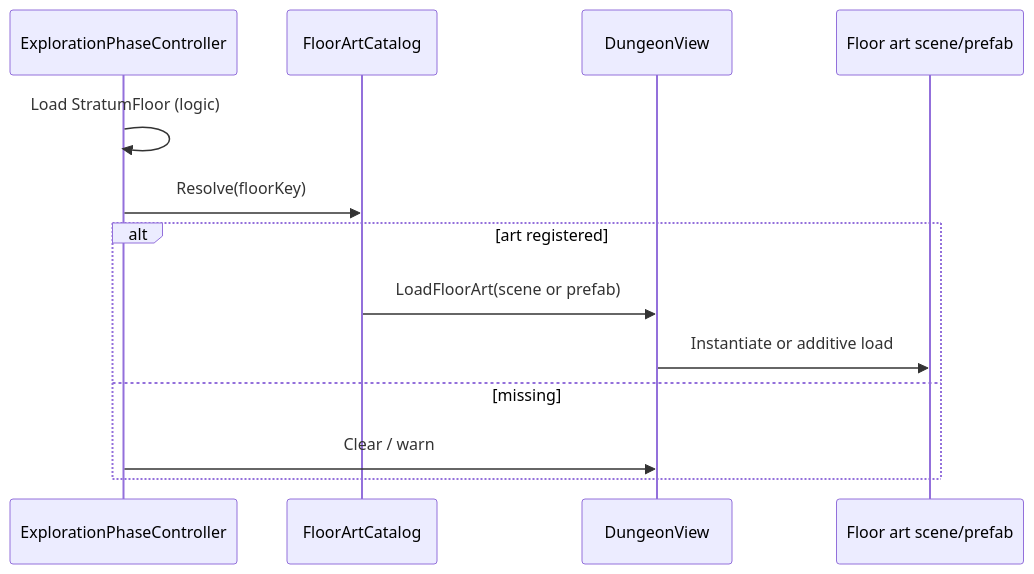
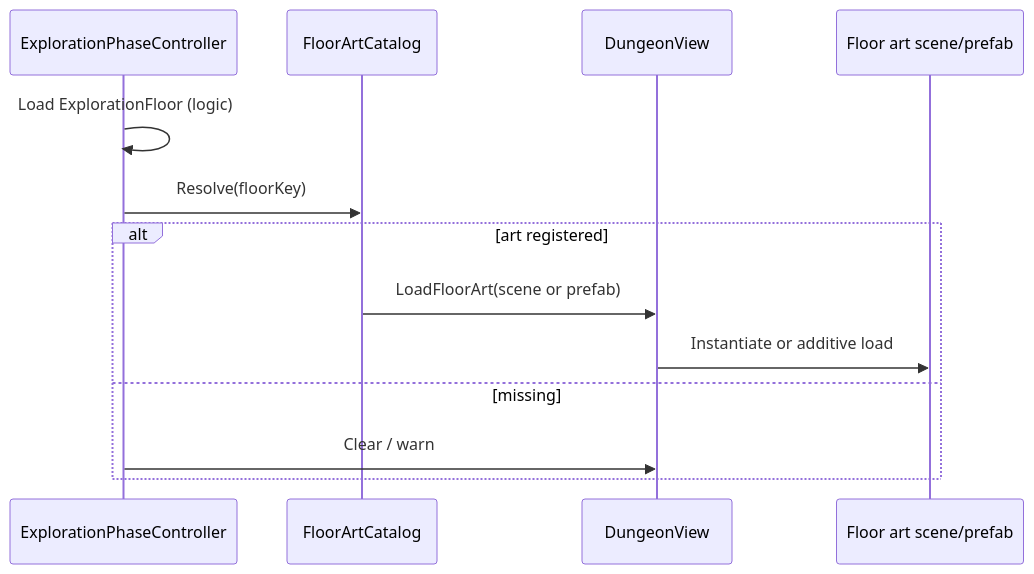
The diagram in docs/02-systems/floor-art-fpv.md (miramocha/griddungeon-design-docs), drawn with Mermaid before and after one commit. The commit also changed other lines of this file and 21 other files, not shown here.

Commit message:
docs: rename StratumFloor to ExplorationFloor (#254)

````diff
--- a/docs/02-systems/floor-art-fpv.md
+++ b/docs/02-systems/floor-art-fpv.md
@@ -123,16 +123,16 @@
 ```mermaid
 sequenceDiagram
     participant EPC as ExplorationPhaseController
     participant Cat as FloorArtCatalog
     participant DV as DungeonView
     participant Scene as Floor art scene/prefab
 
-    EPC->>EPC: Load StratumFloor (logic)
+    EPC->>EPC: Load ExplorationFloor (logic)
     EPC->>Cat: Resolve(floorKey)
     alt art registered
         Cat->>DV: LoadFloorArt(scene or prefab)
         DV->>Scene: Instantiate or additive load
     else missing
         EPC->>DV: Clear / warn
     end
 ```
````
